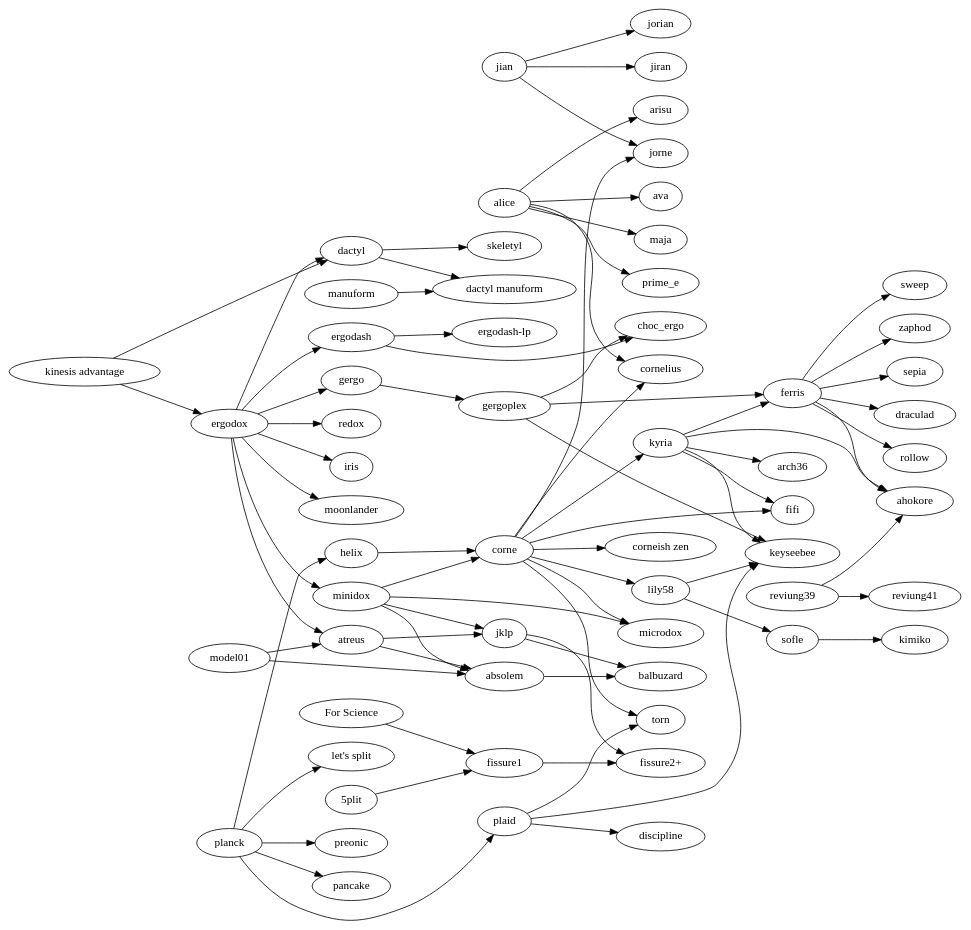
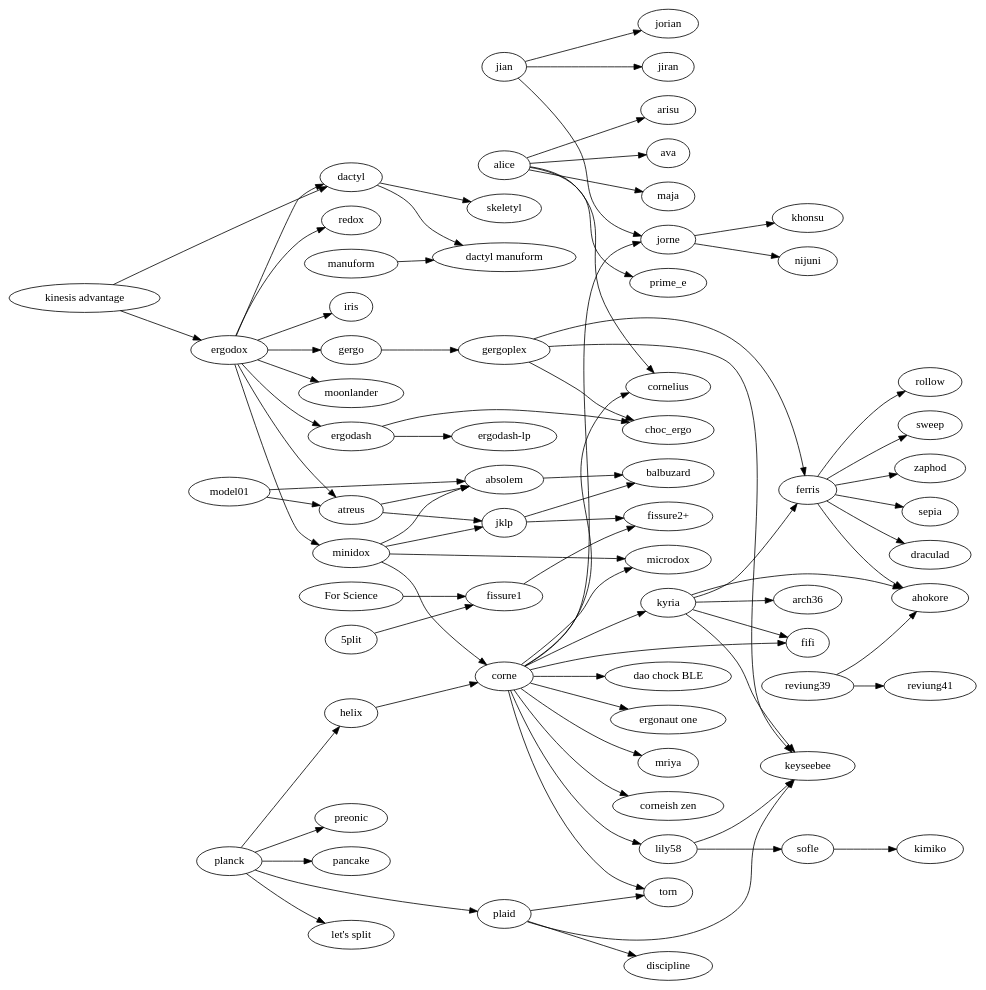
The diagram in tree.gv (joric/graph), drawn with Graphviz before and after one commit. The commit also changed 3 other files, not shown here.

```diff
--- a/tree.gv
+++ b/tree.gv
@@ -1,137 +1,148 @@
 digraph {
   rankdir=LR;
 
   subgraph splits {
     helix -> corne;
-    jian -> jorian;
-    jian -> jorne;
-    jian -> jiran;
+
+    jian -> {
+      jorian;
+      jorne;
+      jiran;
+    }
+
+    jorne -> {
+      nijuni;
+      khonsu;
+    }
 
     corne -> {
       "corneish zen";
       cornelius;
       fifi;
       kyria;
       lily58;
       microdox;
       torn;
       jorne;
+      "dao chock BLE";
+      "ergonaut one";
+      mriya;
     };
 
     lily58 -> {
       keyseebee;
       sofle;
     };
 
     kyria -> {
         ahokore;
         arch36;
         ferris;
         fifi;
         keyseebee;
     };
 
     "kinesis advantage" -> {
       ergodox;
       dactyl;
     };
 
     ergodox -> {
       atreus;
       dactyl;
       ergodash;
       gergo;
       iris;
       minidox;
       moonlander;
       redox;
     };
 
     ergodash -> {
       "ergodash-lp";
       choc_ergo;
     };
 
     gergo -> gergoplex;
     gergoplex -> {
       choc_ergo;
       ferris;
       keyseebee;
     };
 
     ferris -> {
       ahokore;
       sepia;
       draculad;
       rollow;
       sweep;
       zaphod;
     };
 
     manuform -> "dactyl manuform";
 
     minidox -> {
       absolem;
       corne;
       microdox;
       jklp;
     };
 
     model01 -> {
       absolem;
       atreus;
     };
 
     sofle -> kimiko;
 
     "5plit" -> "fissure1";
     "For Science" -> "fissure1";
     fissure1 -> "fissure2+";
     jklp -> "fissure2+";
   }
 
   subgraph unibody {
     atreus -> {
       absolem;
       jklp;
     };
     jklp -> balbuzard;
     absolem -> balbuzard;
     reviung39 -> {
       ahokore;
       reviung41;
     };
   };
 
   subgraph ortholinear {
     plaid -> {
       discipline;
       keyseebee;
       torn;
     };
     planck -> {
       helix;
       "let's split";
       plaid;
       preonic;
       pancake;
     };
   }
 
   subgraph {
     dactyl -> {
       "dactyl manuform";
       skeletyl;
     }
   }
 
   subgraph alicefamily {
     alice -> {
       arisu;
       ava;
       cornelius;
       maja;
       prime_e;
     }
   }
 }
```
